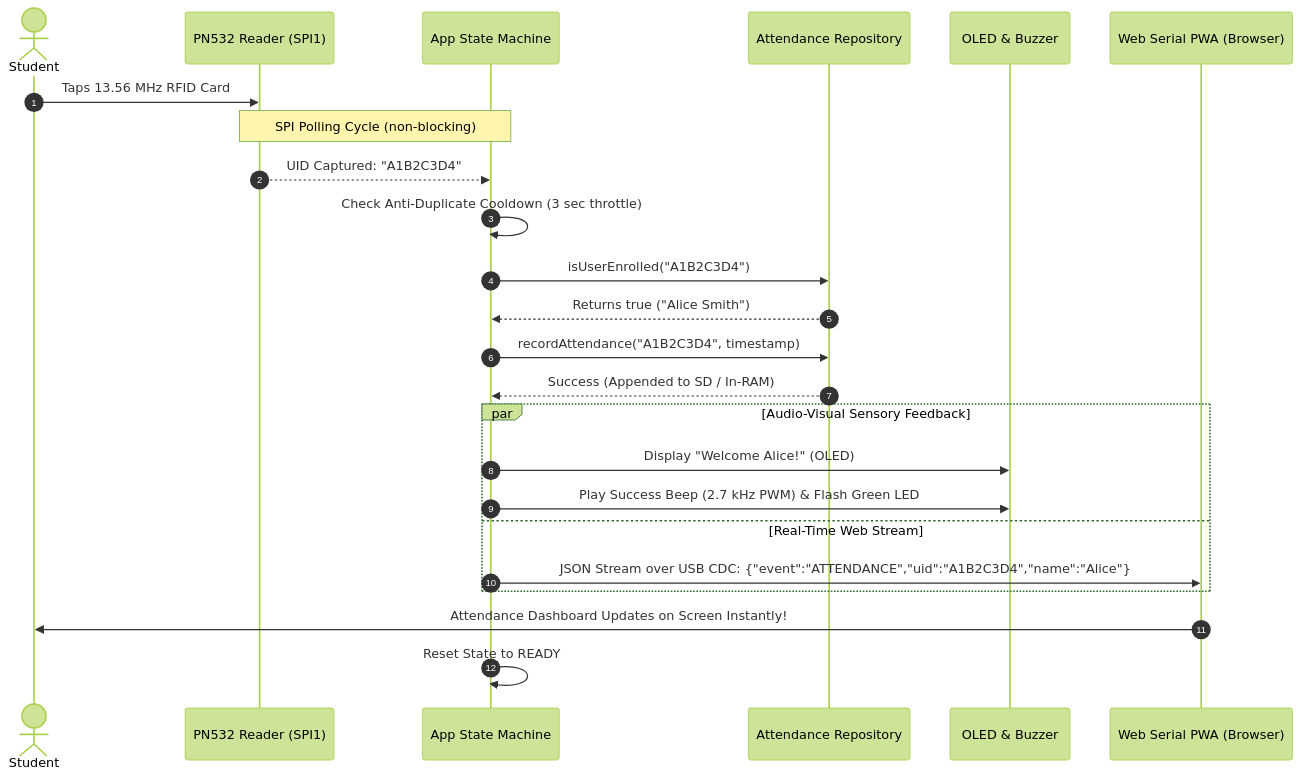
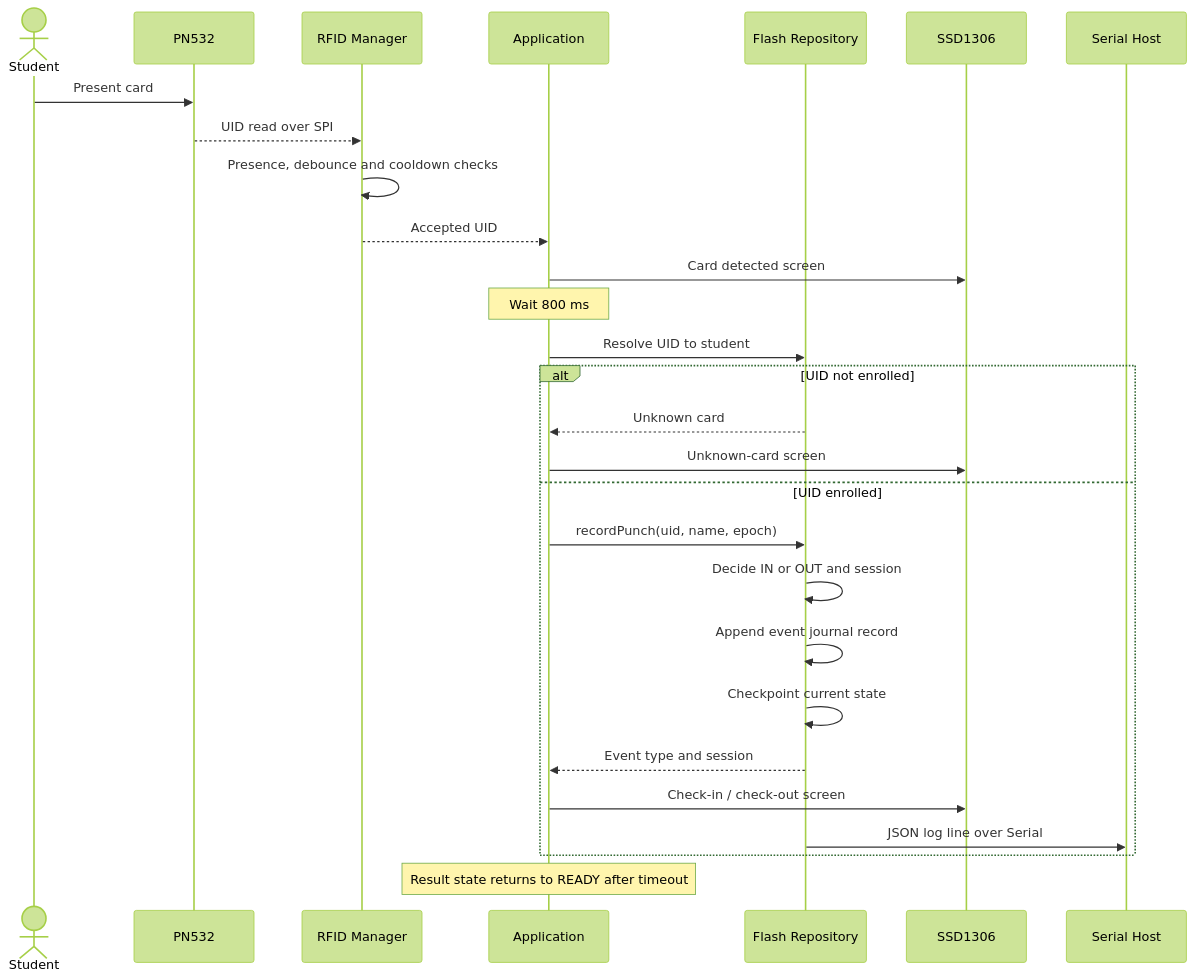
Before and after one commit to theinfinox/attendance-esp32: the fourth of 4 diagrams in NUCLEO_G491RE_PRESENTATION.md, drawn with Mermaid (forest theme). The commit also changed other lines of this file, not shown here.

````diff
--- a/NUCLEO_G491RE_PRESENTATION.md
+++ b/NUCLEO_G491RE_PRESENTATION.md
@@ -171,32 +286,31 @@
 ```mermaid
 sequenceDiagram
-    autonumber
     actor Student
-    participant RFID as PN532 Reader (SPI1)
-    participant Core as App State Machine
-    participant Repo as Attendance Repository
-    participant A/V as OLED & Buzzer
-    participant PWA as Web Serial PWA (Browser)
+    participant PN as PN532
+    participant RFID as RFID Manager
+    participant APP as Application
+    participant REPO as Flash Repository
+    participant OLED as SSD1306
+    participant HOST as Serial Host
 
-    Student ->> RFID: Taps 13.56 MHz RFID Card
-    Note over RFID,Core: SPI Polling Cycle (non-blocking)
-    RFID -->> Core: UID Captured: "A1B2C3D4"
-
-    Core ->> Core: Check Anti-Duplicate Cooldown (3 sec throttle)
-    
-    Core ->> Repo: isUserEnrolled("A1B2C3D4")
-    Repo -->> Core: Returns true ("Alice Smith")
-
-    Core ->> Repo: recordAttendance("A1B2C3D4", timestamp)
-    Repo -->> Core: Success (Appended to SD / In-RAM)
-
-    par Audio-Visual Sensory Feedback
-        Core ->> A/V: Display "Welcome Alice!" (OLED)
-        Core ->> A/V: Play Success Beep (2.7 kHz PWM) & Flash Green LED
-    and Real-Time Web Stream
-        Core ->> PWA: JSON Stream over USB CDC: {"event":"ATTENDANCE","uid":"A1B2C3D4","name":"Alice"}
+    Student->>PN: Present card
+    PN-->>RFID: UID read over SPI
+    RFID->>RFID: Presence, debounce and cooldown checks
+    RFID-->>APP: Accepted UID
+    APP->>OLED: Card detected screen
+    Note over APP: Wait 800 ms
+    APP->>REPO: Resolve UID to student
+    alt UID not enrolled
+        REPO-->>APP: Unknown card
+        APP->>OLED: Unknown-card screen
+    else UID enrolled
+        APP->>REPO: recordPunch(uid, name, epoch)
+        REPO->>REPO: Decide IN or OUT and session
+        REPO->>REPO: Append event journal record
+        REPO->>REPO: Checkpoint current state
+        REPO-->>APP: Event type and session
+        APP->>OLED: Check-in / check-out screen
+        REPO->>HOST: JSON log line over Serial
     end
-
-    PWA ->> Student: Attendance Dashboard Updates on Screen Instantly!
-    Core ->> Core: Reset State to READY
+    Note over APP: Result state returns to READY after timeout
 ```
````
